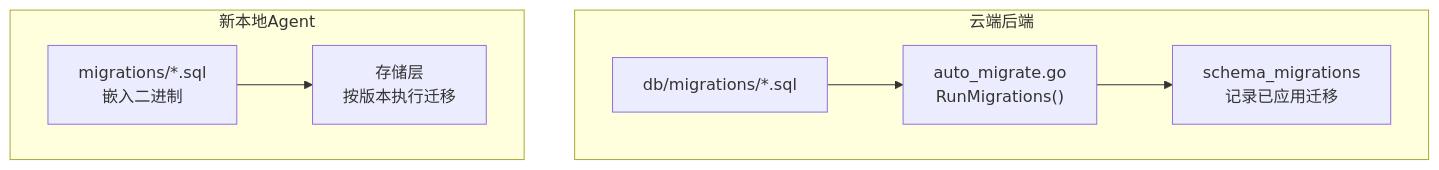
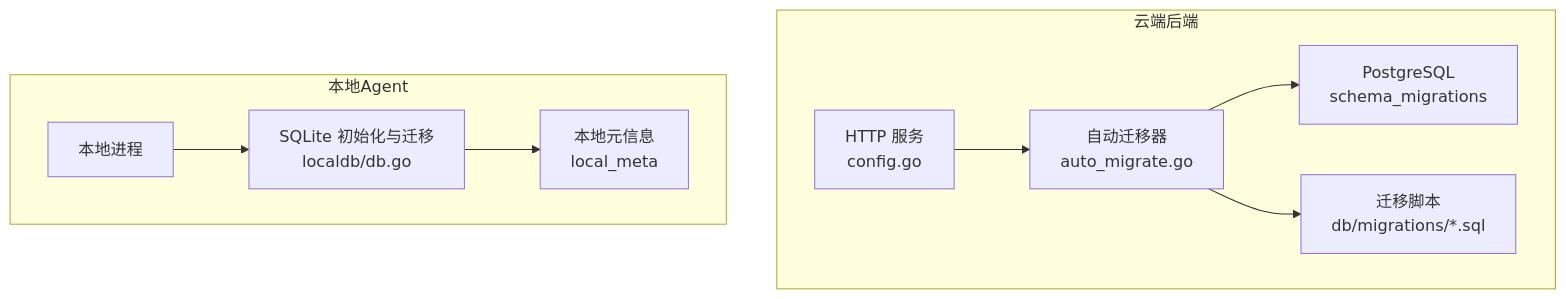
The first of 5 diagrams in .qoder/repowiki/zh/content/云端后端服务/数据存储层/数据迁移管理.md (alvinwangzi/goodhr), drawn with Mermaid before and after one commit. The commit also changed other lines of this file and 149 other files, not shown here.

````diff
--- a/.qoder/repowiki/zh/content/云端后端服务/数据存储层/数据迁移管理.md
+++ b/.qoder/repowiki/zh/content/云端后端服务/数据存储层/数据迁移管理.md
@@ -36,10 +37,12 @@
 ```mermaid
 graph TB
 subgraph "云端后端"
-A["db/migrations/*.sql"] --> B["auto_migrate.go<br/>RunMigrations()"]
-B --> C["schema_migrations<br/>记录已应用迁移"]
+A["HTTP 服务<br/>config.go"] --> B["自动迁移器<br/>auto_migrate.go"]
+B --> C["PostgreSQL<br/>schema_migrations"]
+B --> D["迁移脚本<br/>db/migrations/*.sql"]
 end
-subgraph "新本地Agent"
-D["migrations/*.sql<br/>嵌入二进制"] --> E["存储层<br/>按版本执行迁移"]
+subgraph "本地Agent"
+E["本地进程"] --> F["SQLite 初始化与迁移<br/>localdb/db.go"]
+F --> G["本地元信息<br/>local_meta"]
 end
 ```
````
